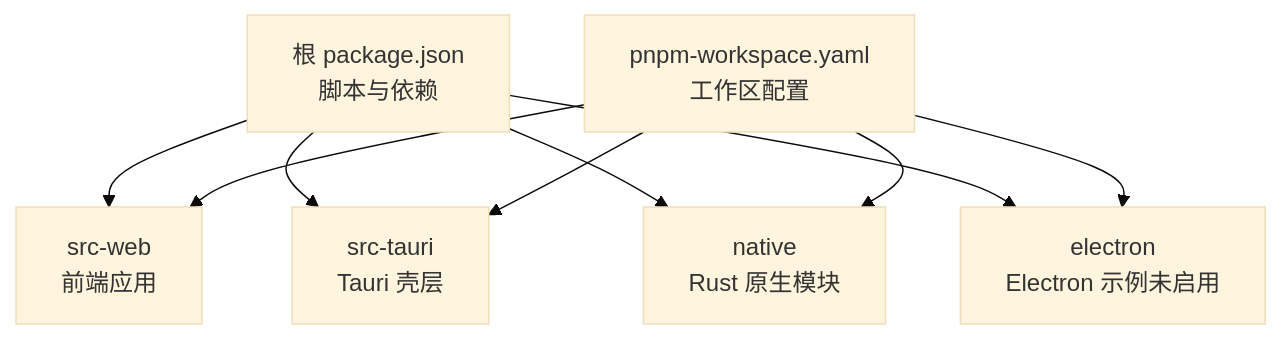
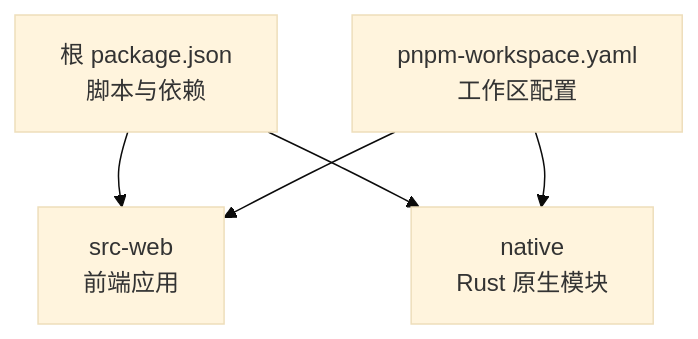
One commit to baike08/cosurf changed the first of 4 diagrams in .qoder/repowiki/zh/content/开发指南/构建与部署.md. Above: the diagram before and after it, drawn with Mermaid (base theme). The commit also changed other lines of this file and 15 other files, not shown here.

````diff
--- a/.qoder/repowiki/zh/content/开发指南/构建与部署.md
+++ b/.qoder/repowiki/zh/content/开发指南/构建与部署.md
@@ -47,11 +53,7 @@
 ```mermaid
 graph TB
 A["根 package.json<br/>脚本与依赖"] --> B["src-web<br/>前端应用"]
-A --> C["src-tauri<br/>Tauri 壳层"]
-A --> D["native<br/>Rust 原生模块"]
-A --> E["electron<br/>Electron 示例未启用"]
+A --> C["native<br/>Rust 原生模块"]
 F["pnpm-workspace.yaml<br/>工作区配置"] --> B
 F --> C
-F --> D
-F --> E
 ```
````
